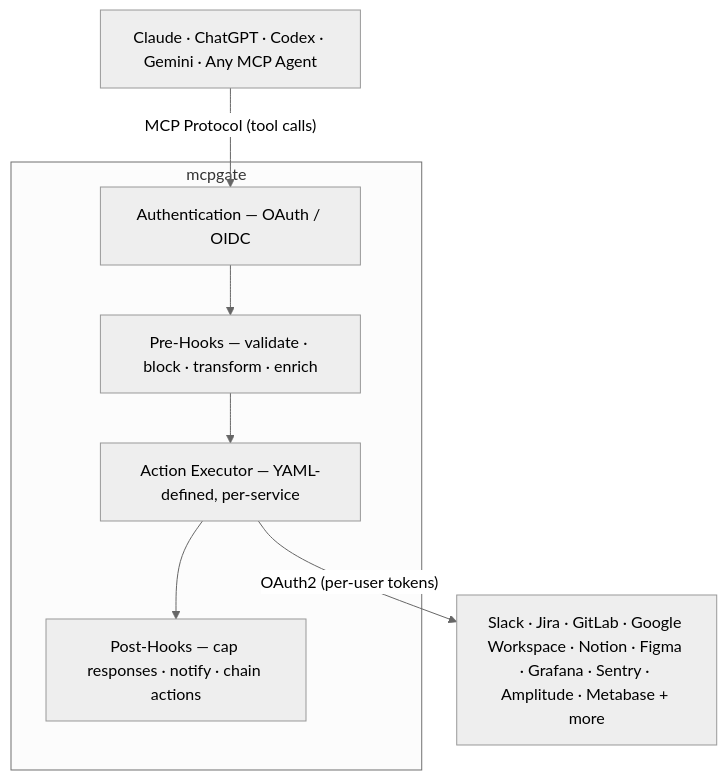
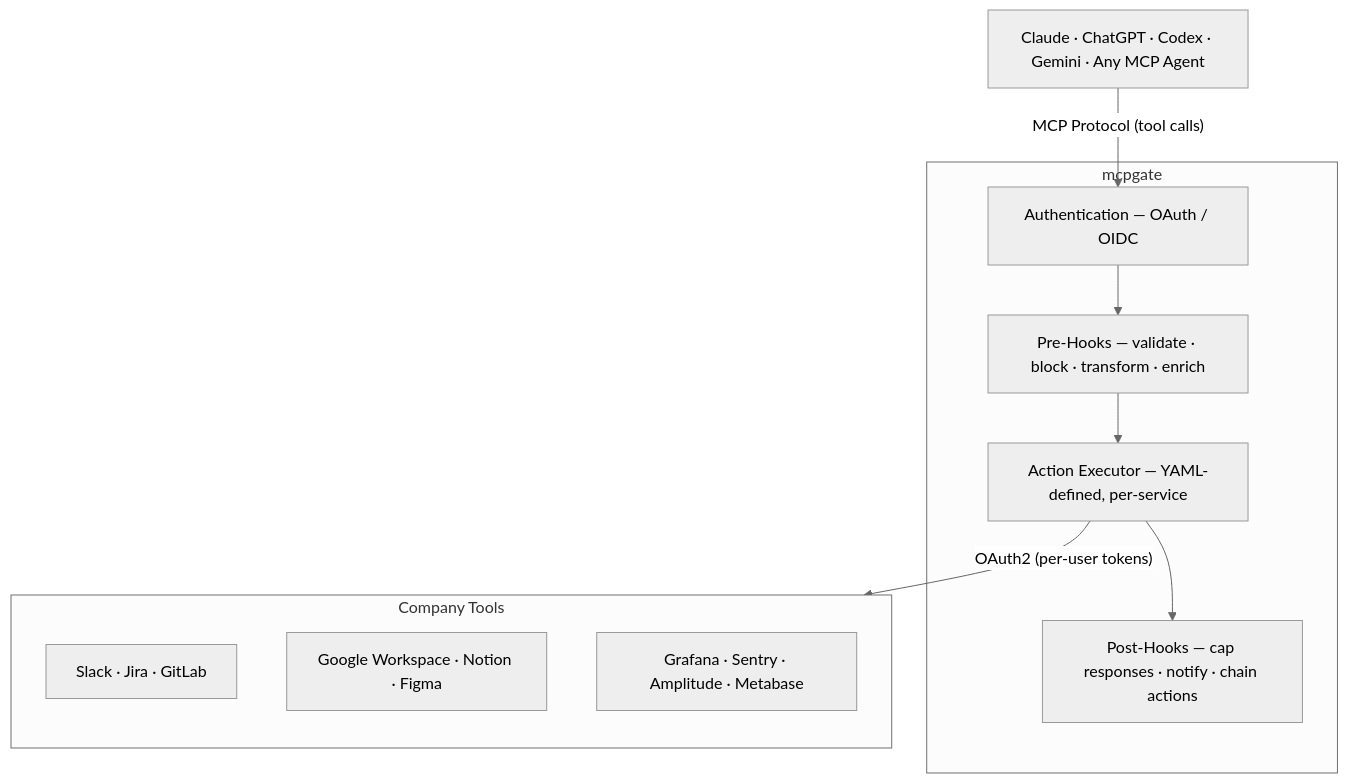
Before and after one commit to Mcpgate-de/mcpgate: the diagram in README.md, drawn with Mermaid (neutral theme).

Commit message:
Architecture: stack services vertically to reduce width

````diff
--- a/README.md
+++ b/README.md
@@ -56,19 +56,24 @@
 ```mermaid
 flowchart TB
     AI["Claude · ChatGPT · Codex · Gemini · Any MCP Agent"]
     
     AI -- "MCP Protocol (tool calls)" --> Auth
 
     subgraph GW["mcpgate"]
         Auth["Authentication — OAuth / OIDC"]
         Pre["Pre-Hooks — validate · block · transform · enrich"]
         Exec["Action Executor — YAML-defined, per-service"]
         Post["Post-Hooks — cap responses · notify · chain actions"]
 
         Auth --> Pre --> Exec --> Post
     end
 
     Exec -- "OAuth2 (per-user tokens)" --> Services
 
-    Services["Slack · Jira · GitLab · Google Workspace · Notion · Figma · Grafana · Sentry · Amplitude · Metabase + more"]
+    subgraph Services["Company Tools"]
+        direction TB
+        S1["Slack · Jira · GitLab"]
+        S2["Google Workspace · Notion · Figma"]
+        S3["Grafana · Sentry · Amplitude · Metabase"]
+    end
 ```
````
